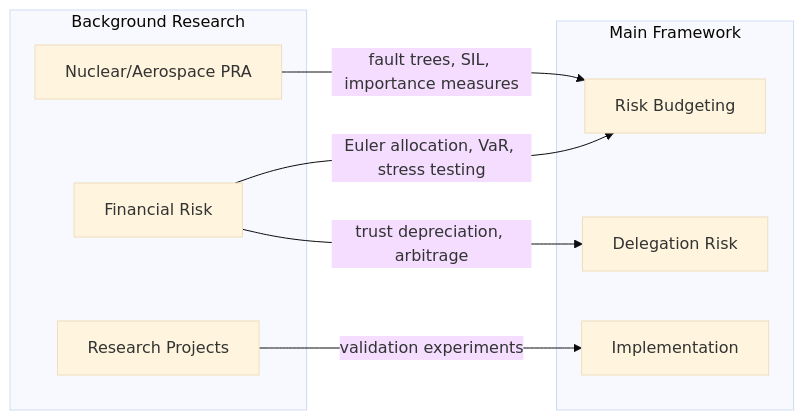
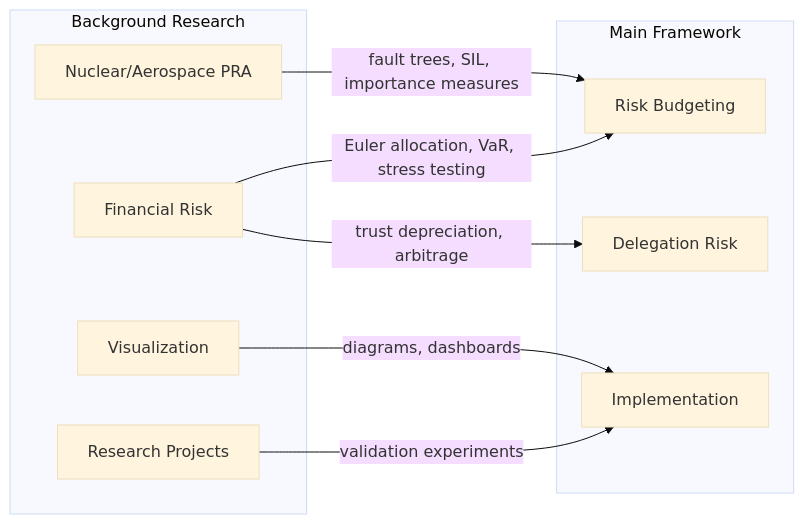
The diagram in src/content/docs/deep-dives/research/index.md (quantified-uncertainty/delegation-risk-framework), drawn with Mermaid (base theme) before and after one commit. The commit also changed other lines of this file and 59 other files, not shown here.

````diff
--- a/src/content/docs/deep-dives/research/index.md
+++ b/src/content/docs/deep-dives/research/index.md
@@ -13,17 +13,19 @@
 ```mermaid
 flowchart LR
     subgraph Background["Background Research"]
         N[Nuclear/Aerospace PRA]
         F[Financial Risk]
+        V[Visualization]
         P[Research Projects]
     end
     subgraph Framework["Main Framework"]
         RB[Risk Budgeting]
         TC[Delegation Risk]
         Impl[Implementation]
     end
     N -->|fault trees, SIL, importance measures| RB
     F -->|Euler allocation, VaR, stress testing| RB
     F -->|trust depreciation, arbitrage| TC
+    V -->|diagrams, dashboards| Impl
     P -->|validation experiments| Impl
 ```
````
